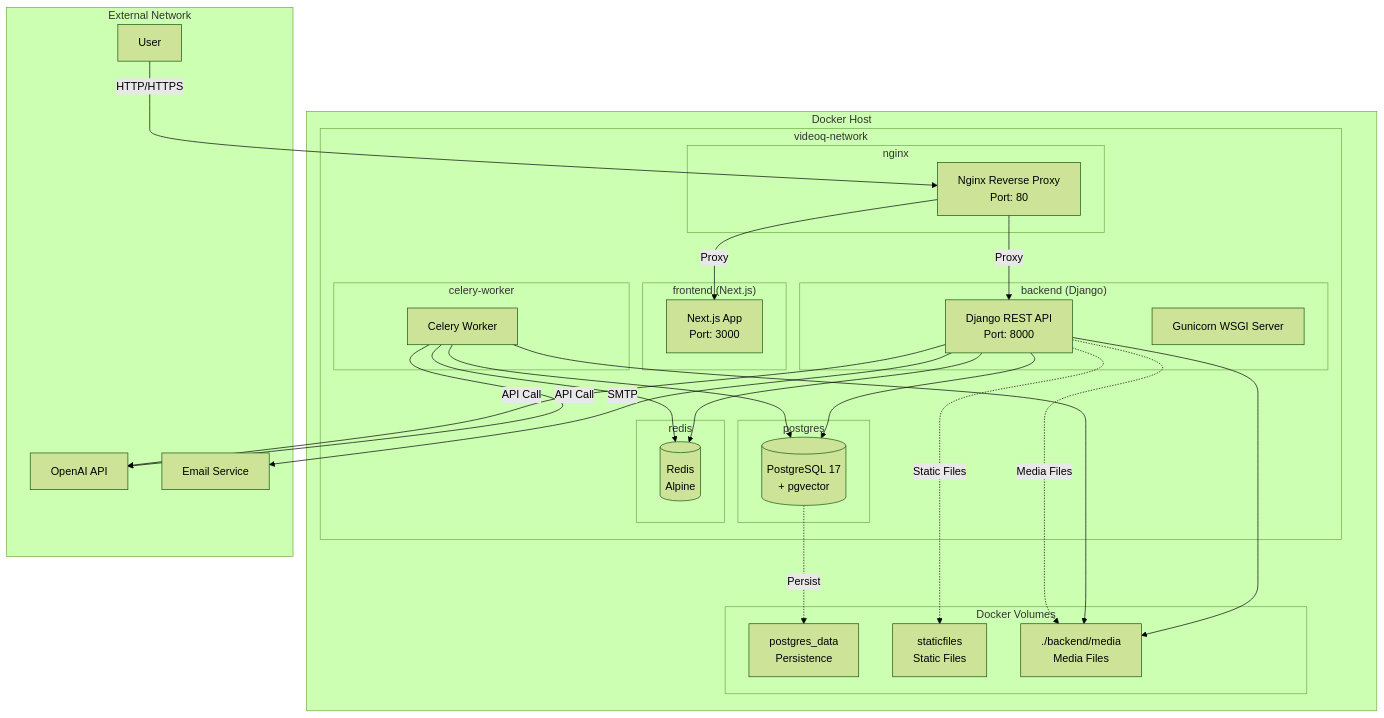
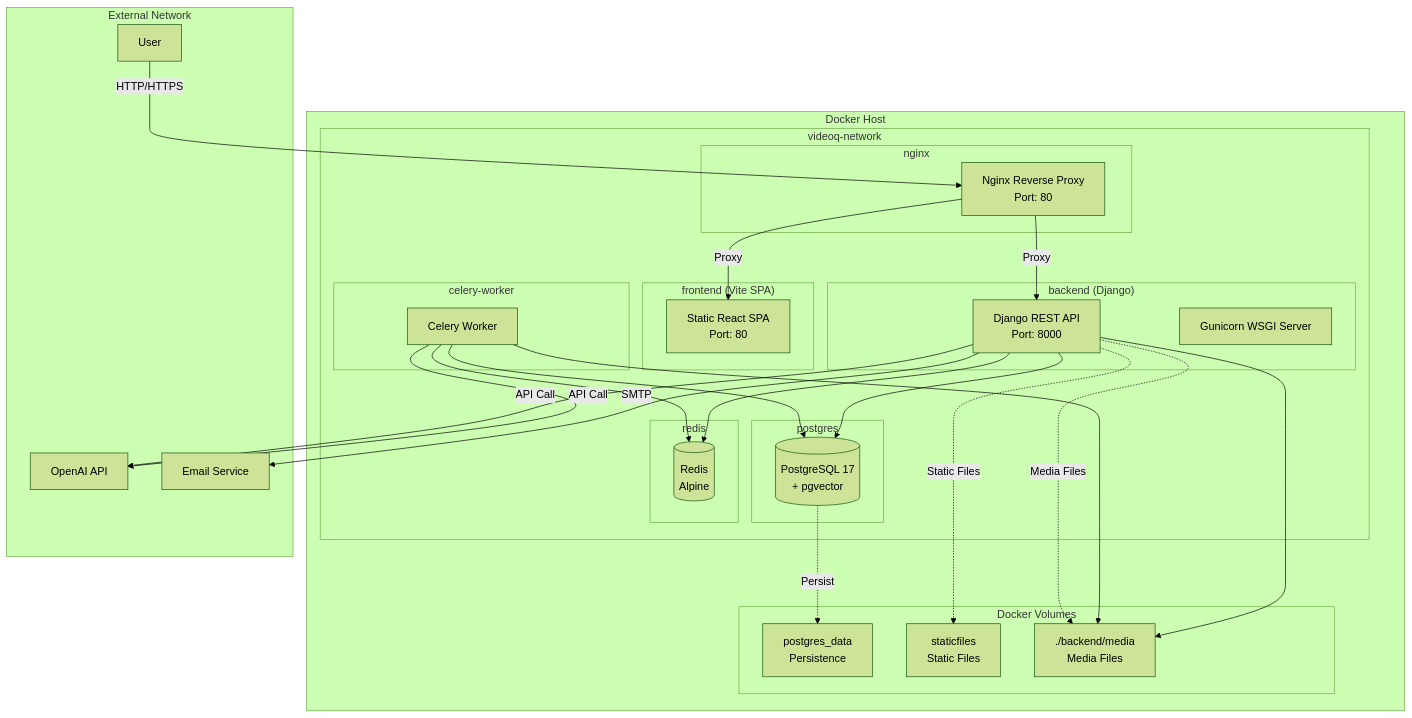
One commit to yukiharada1228/videoq changed the first of 7 diagrams in docs/design/deployment-diagram.md. Above: the diagram before and after it, drawn with Mermaid (forest theme). The commit also changed other lines of this file and 6 other files, not shown here.

````diff
--- a/docs/design/deployment-diagram.md
+++ b/docs/design/deployment-diagram.md
@@ -9,60 +9,60 @@
 ```mermaid
 graph TB
     subgraph DockerHost["Docker Host"]
         subgraph Network["videoq-network"]
-            subgraph FrontendContainer["frontend (Next.js)"]
-                NextJS[Next.js App<br/>Port: 3000]
+            subgraph FrontendContainer["frontend (Vite SPA)"]
+                FrontendSPA[Static React SPA<br/>Port: 80]
             end
             
             subgraph BackendContainer["backend (Django)"]
                 Django[Django REST API<br/>Port: 8000]
                 Gunicorn[Gunicorn WSGI Server]
             end
             
             subgraph CeleryContainer["celery-worker"]
                 CeleryWorker[Celery Worker]
             end
             
             subgraph NginxContainer["nginx"]
                 Nginx[Nginx Reverse Proxy<br/>Port: 80]
             end
             
             subgraph PostgresContainer["postgres"]
                 PostgreSQL[(PostgreSQL 17<br/>+ pgvector)]
             end
             
             subgraph RedisContainer["redis"]
                 Redis[(Redis<br/>Alpine)]
             end
         end
         
         subgraph Volumes["Docker Volumes"]
             PostgresData[postgres_data<br/>Persistence]
             StaticFiles[staticfiles<br/>Static Files]
             MediaFiles[./backend/media<br/>Media Files]
         end
     end
     
     subgraph External["External Network"]
         User[User]
         OpenAI[OpenAI API]
         EmailService[Email Service]
     end
     
     User -->|HTTP/HTTPS| Nginx
-    Nginx -->|Proxy| NextJS
+    Nginx -->|Proxy| FrontendSPA
     Nginx -->|Proxy| Django
     Django --> PostgreSQL
     Django --> Redis
     Django --> MediaFiles
     CeleryWorker --> Redis
     CeleryWorker --> PostgreSQL
     CeleryWorker --> MediaFiles
     CeleryWorker -->|API Call| OpenAI
     Django -->|API Call| OpenAI
     Django -->|SMTP| EmailService
     
     PostgreSQL -.->|Persist| PostgresData
     Django -.->|Static Files| StaticFiles
     Django -.->|Media Files| MediaFiles
 ```
````
